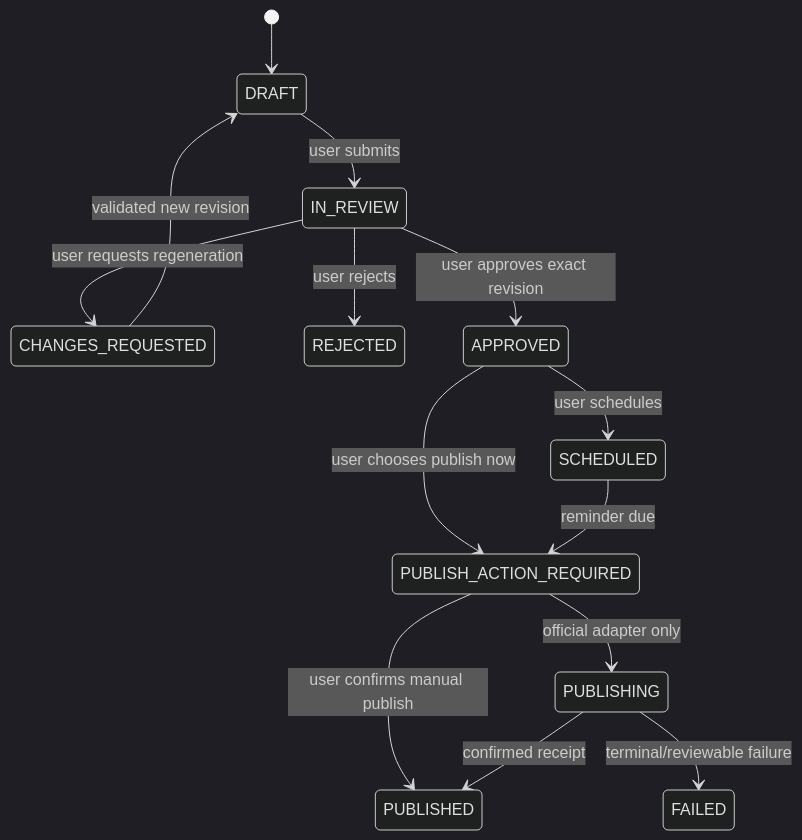
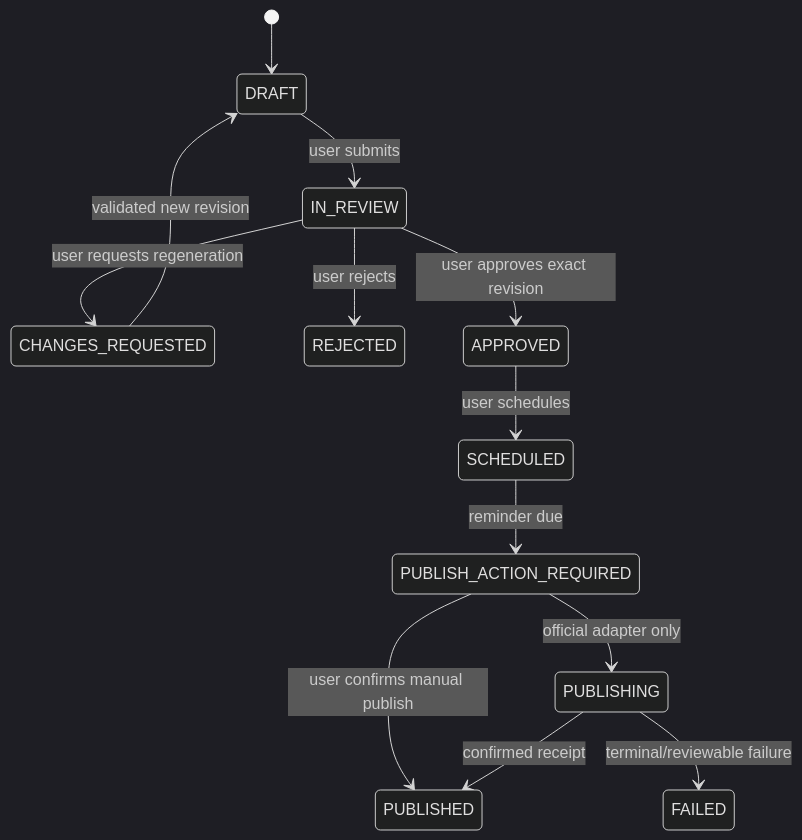
Before and after one commit to Rishabh2561/Liproser: the second of 2 diagrams in architecture.md, drawn with Mermaid (dark theme). The commit also changed other lines of this file and 22 other files, not shown here.

````diff
--- a/architecture.md
+++ b/architecture.md
@@ -96,16 +95,15 @@
 ```mermaid
 stateDiagram-v2
     [*] --> DRAFT
     DRAFT --> IN_REVIEW: user submits
     IN_REVIEW --> CHANGES_REQUESTED: user requests regeneration
     IN_REVIEW --> REJECTED: user rejects
     IN_REVIEW --> APPROVED: user approves exact revision
     CHANGES_REQUESTED --> DRAFT: validated new revision
     APPROVED --> SCHEDULED: user schedules
-    APPROVED --> PUBLISH_ACTION_REQUIRED: user chooses publish now
     SCHEDULED --> PUBLISH_ACTION_REQUIRED: reminder due
     PUBLISH_ACTION_REQUIRED --> PUBLISHING: official adapter only
     PUBLISH_ACTION_REQUIRED --> PUBLISHED: user confirms manual publish
     PUBLISHING --> PUBLISHED: confirmed receipt
     PUBLISHING --> FAILED: terminal/reviewable failure
 ```
````
